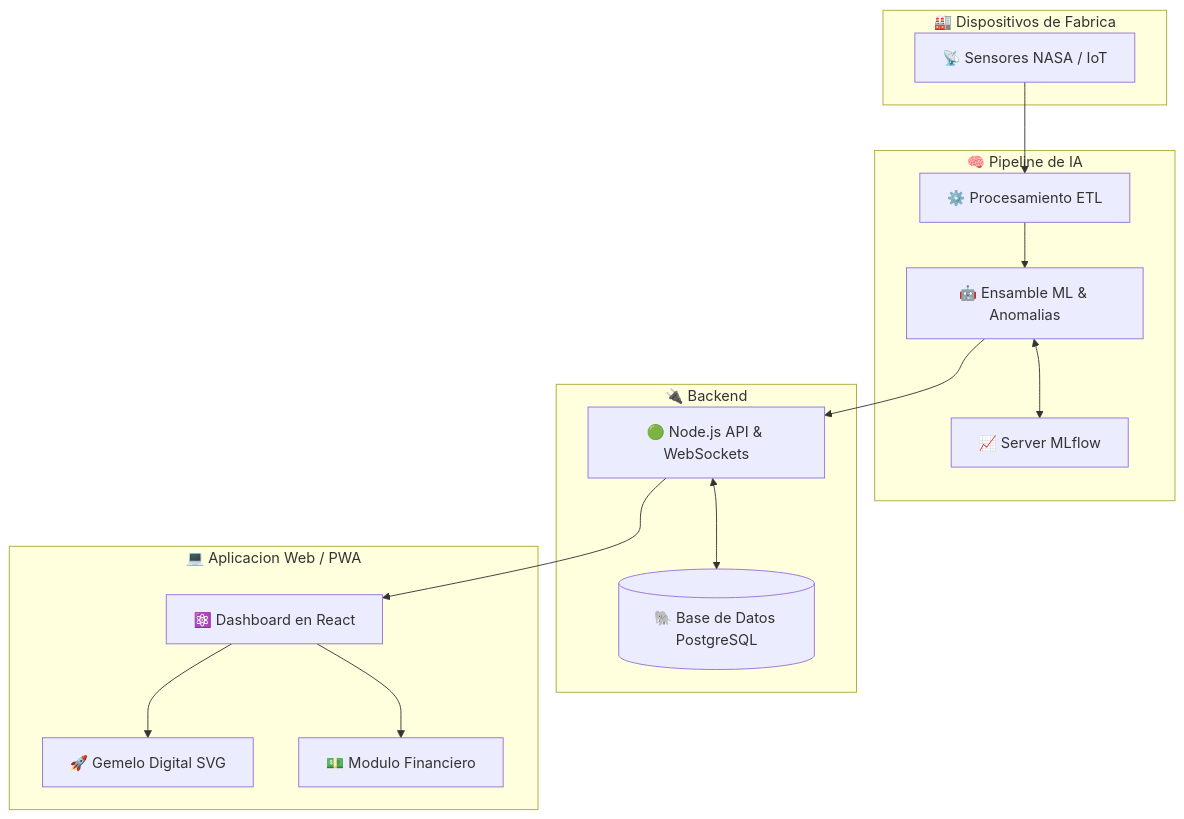
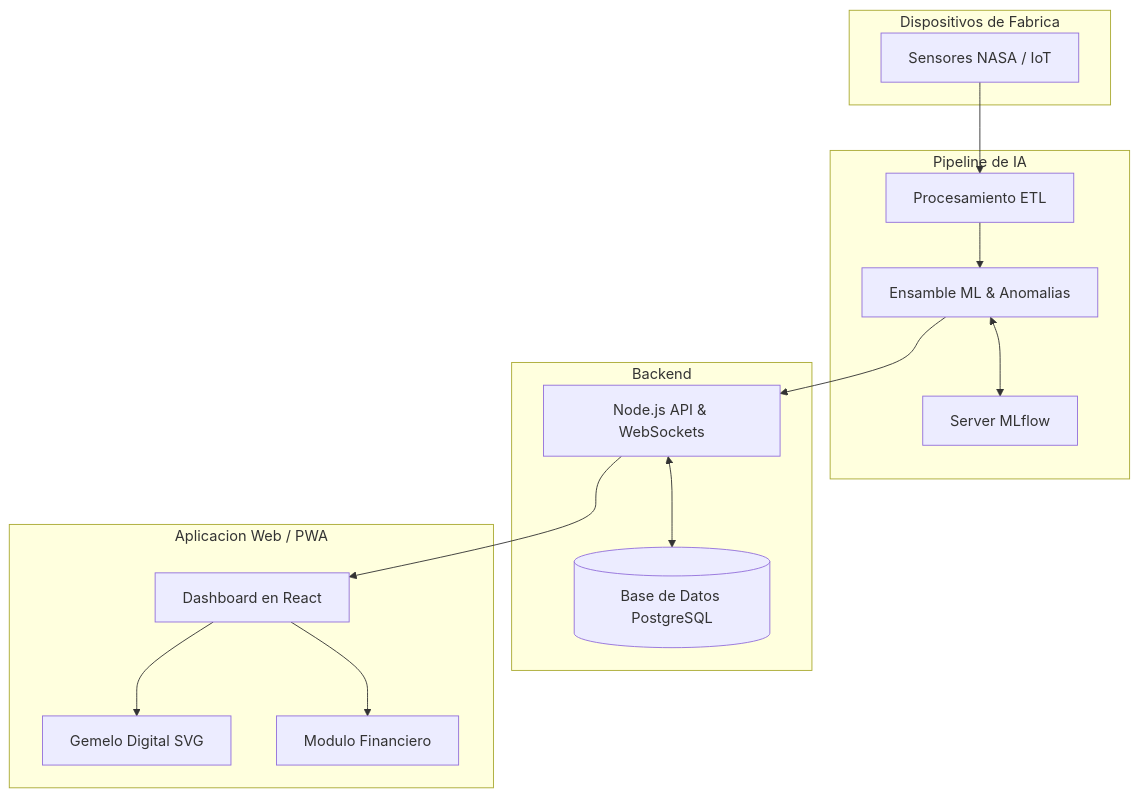
The second of 2 diagrams in README.md (Josuegarciaaa/-Mantenimiento-Predictivo-con-IA), drawn with Mermaid before and after one commit. The commit also changed other lines of this file, not shown here.

````diff
--- a/README.md
+++ b/README.md
@@ -112,34 +112,34 @@
 ```mermaid
 graph TD
-    subgraph Fabrica [🏭 Dispositivos de Fabrica]
-        Sensors[📡 Sensores NASA / IoT]
+    subgraph Fabrica [Dispositivos de Fabrica]
+        Sensors[Sensores NASA / IoT]
     end
     
-    subgraph Inteligencia [🧠 Pipeline de IA]
-        ETL[⚙️ Procesamiento ETL]
-        XGBoost[🤖 Ensamble ML & Anomalias]
-        MLflow[📈 Server MLflow]
+    subgraph Inteligencia [Pipeline de IA]
+        ETL[Procesamiento ETL]
+        XGBoost[Ensamble ML & Anomalias]
+        MLflow[Server MLflow]
         
         Sensors --> ETL
         ETL --> XGBoost
         XGBoost <--> MLflow
     end
     
-    subgraph Servidor [🔌 Backend]
-        NodeJS[🟢 Node.js API & WebSockets]
-        DB[(🐘 Base de Datos PostgreSQL)]
+    subgraph Servidor [Backend]
+        NodeJS[Node.js API & WebSockets]
+        DB[(Base de Datos PostgreSQL)]
         
         XGBoost --> NodeJS
         NodeJS <--> DB
     end
     
-    subgraph Cliente [💻 Aplicacion Web / PWA]
-        React[⚛️ Dashboard en React]
-        DigitalTwin[🚀 Gemelo Digital SVG]
-        Economics[💵 Modulo Financiero]
+    subgraph Cliente [Aplicacion Web / PWA]
+        React[Dashboard en React]
+        DigitalTwin[Gemelo Digital SVG]
+        Economics[Modulo Financiero]
         
         NodeJS --> React
         React --> DigitalTwin
         React --> Economics
     end
 ```
````
